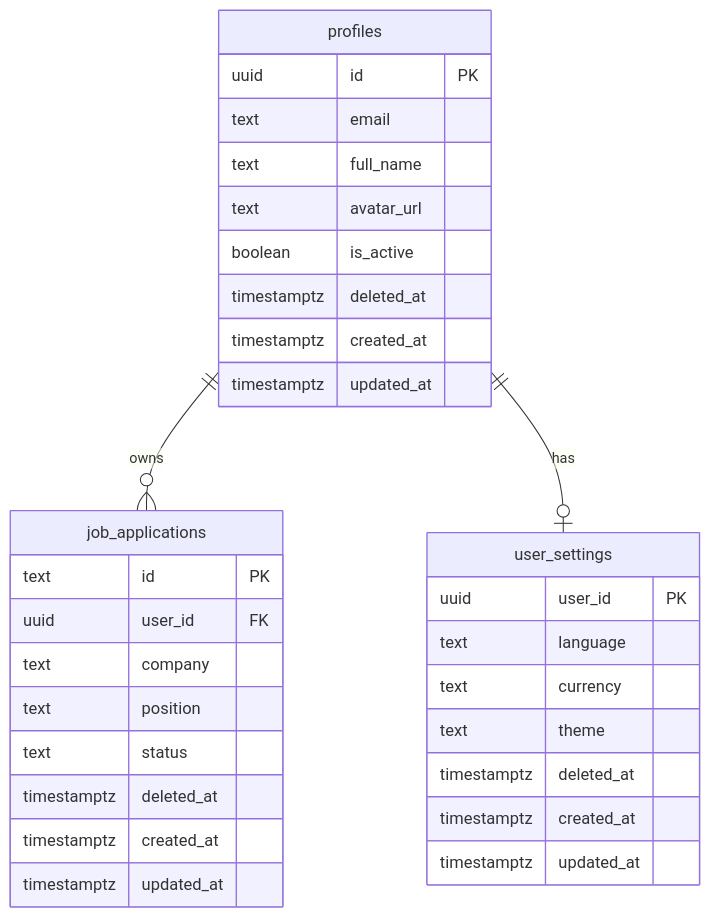
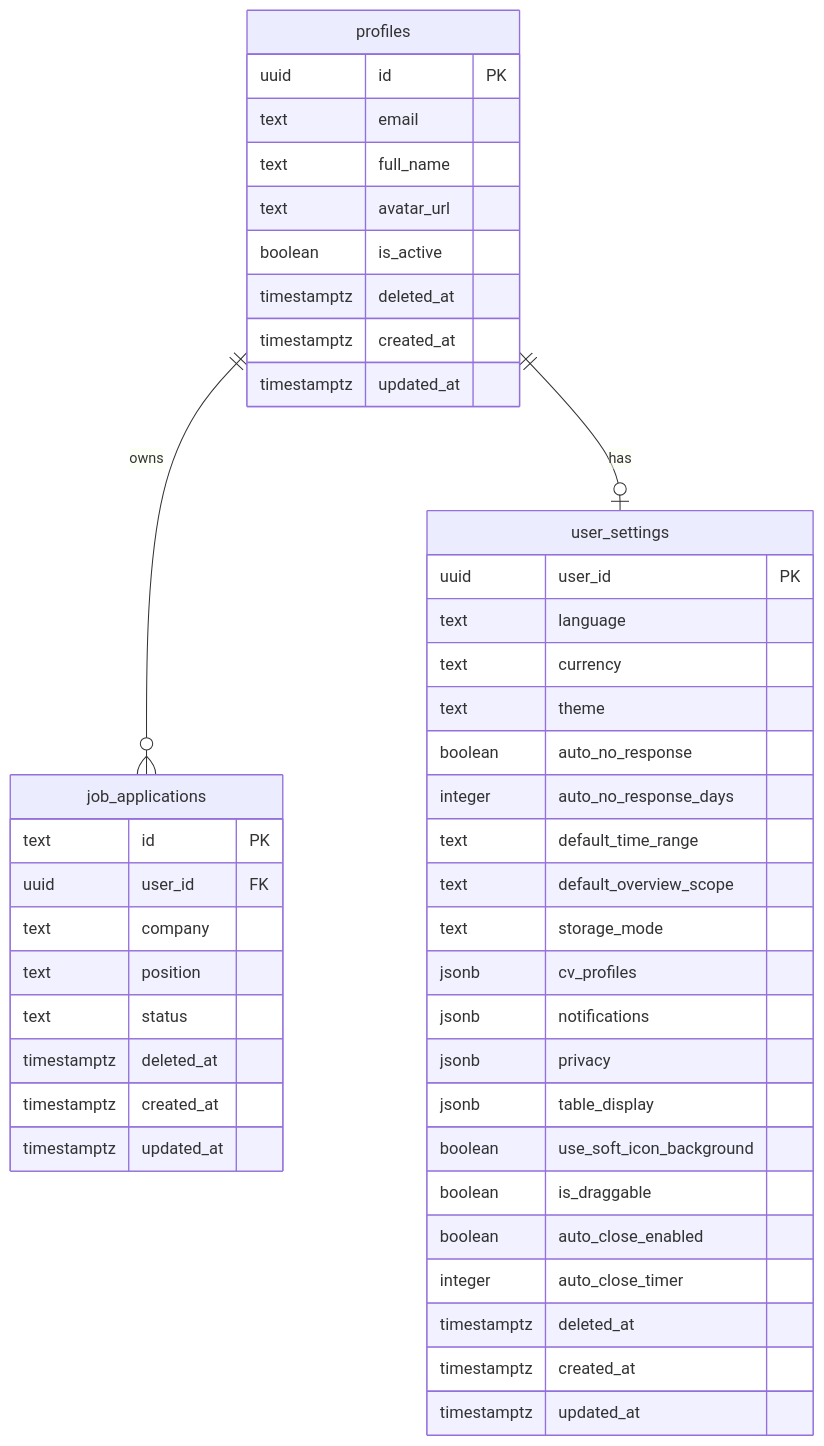
One commit to Piero24/Siftly changed the diagram in documentation/docs/developer/database.md. Above: the diagram before and after it, drawn with Mermaid. The commit also changed other lines of this file and 3 other files, not shown here.

````diff
--- a/documentation/docs/developer/database.md
+++ b/documentation/docs/developer/database.md
@@ -11,37 +11,50 @@
 ```mermaid
 erDiagram
     profiles {
         uuid id PK
         text email
         text full_name
         text avatar_url
         boolean is_active
         timestamptz deleted_at
         timestamptz created_at
         timestamptz updated_at
     }
 
     job_applications {
         text id PK
         uuid user_id FK
         text company
         text position
         text status
         timestamptz deleted_at
         timestamptz created_at
         timestamptz updated_at
     }
 
     user_settings {
         uuid user_id PK
         text language
         text currency
         text theme
+      boolean auto_no_response
+      integer auto_no_response_days
+      text default_time_range
+      text default_overview_scope
+      text storage_mode
+      jsonb cv_profiles
+      jsonb notifications
+      jsonb privacy
+      jsonb table_display
+      boolean use_soft_icon_background
+      boolean is_draggable
+      boolean auto_close_enabled
+      integer auto_close_timer
         timestamptz deleted_at
         timestamptz created_at
         timestamptz updated_at
     }
 
     profiles ||--o{ job_applications : "owns"
     profiles ||--o| user_settings : "has"
 ```
````
